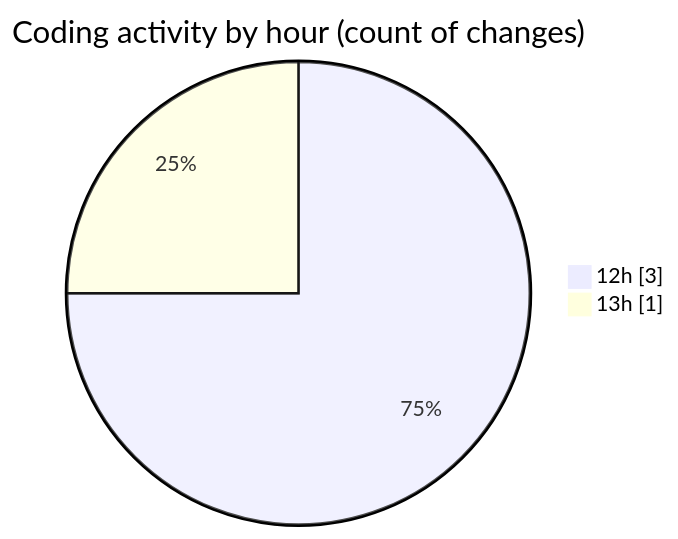
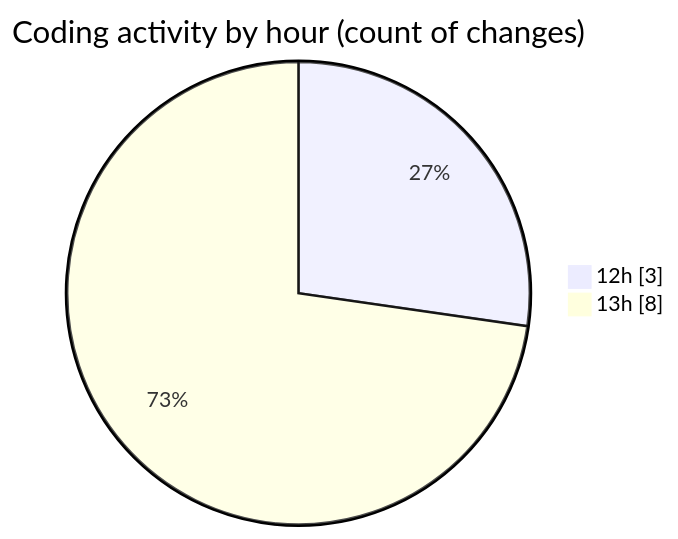
The second of 2 diagrams in 2025-09-26/nxtqube_webapp/README.md (nxtqubesakshisongat/code-tracking), drawn with Mermaid before and after one commit. The commit also changed other lines of this file and 1 other file, not shown here.

````diff
--- a/2025-09-26/nxtqube_webapp/README.md
+++ b/2025-09-26/nxtqube_webapp/README.md
@@ -29,6 +29,6 @@
 ```mermaid
 pie showData
 title Coding activity by hour (count of changes)
 "12h" : 3
-"13h" : 1
+"13h" : 8
 ```
````
